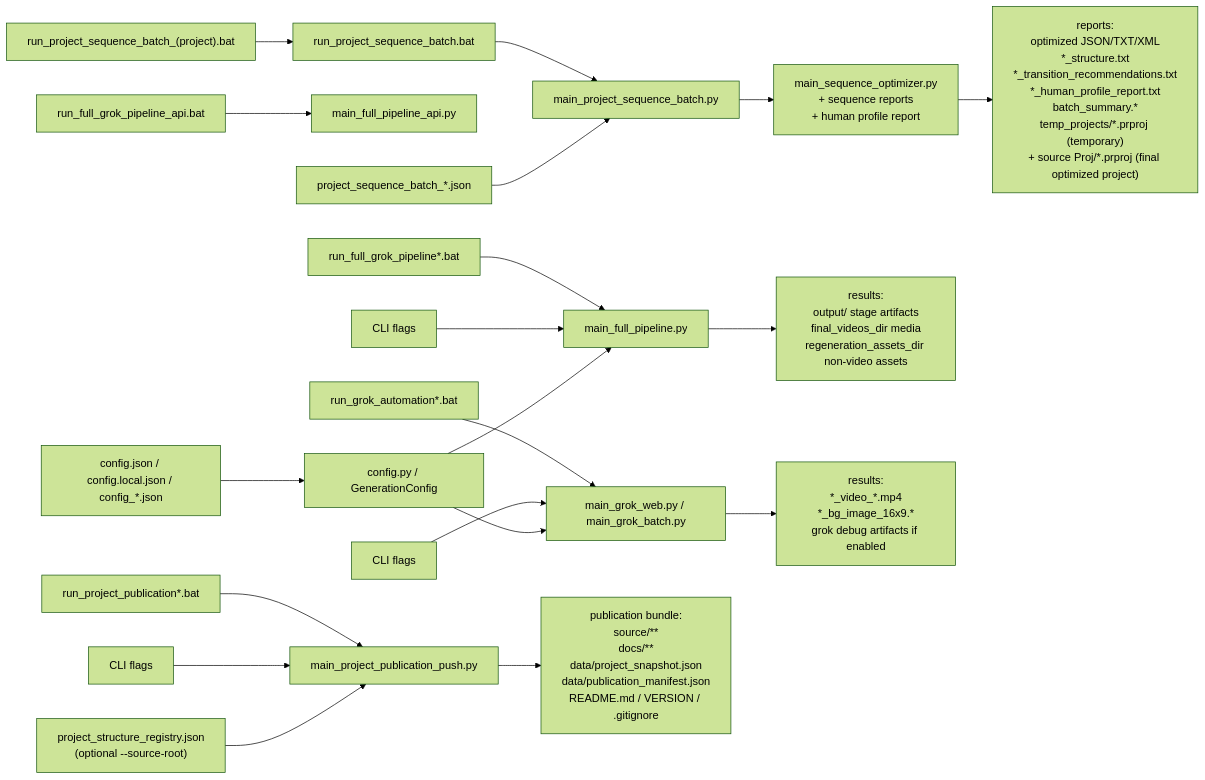
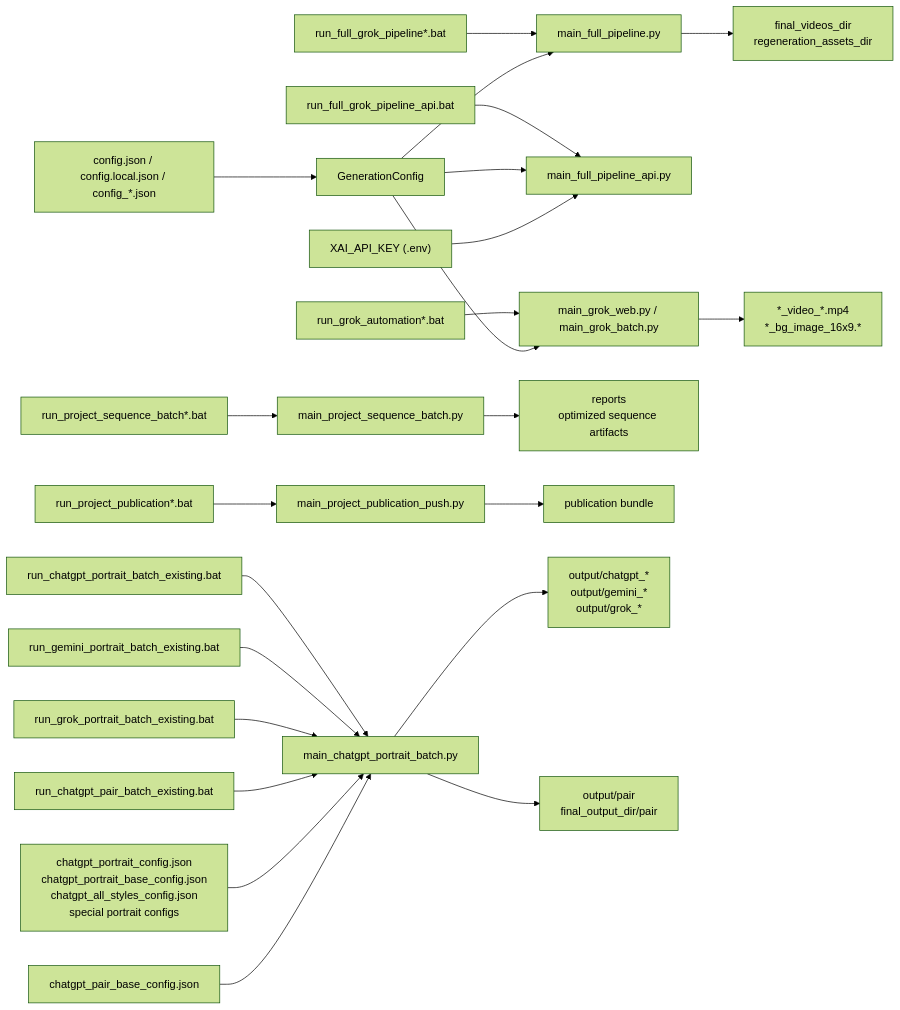
Before and after one commit to sergey-frd/Memory-to-Video_Agent: the third of 3 diagrams in source/docs/PROJECT_STRUCTURE.md, drawn with Mermaid (forest theme). The commit also changed other lines of this file and 95 other files, not shown here.

````diff
--- a/source/docs/PROJECT_STRUCTURE.md
+++ b/source/docs/PROJECT_STRUCTURE.md
@@ -88,26 +224,28 @@
 ```mermaid
 flowchart LR
   B1["run_full_grok_pipeline*.bat"] --> P1["main_full_pipeline.py"]
   B1A["run_full_grok_pipeline_api.bat"] --> P1A["main_full_pipeline_api.py"]
   B2["run_grok_automation*.bat"] --> P2["main_grok_web.py / main_grok_batch.py"]
-  B3A["run_project_sequence_batch_(project).bat"] --> B3["run_project_sequence_batch.bat"]
-  B3 --> P3["main_project_sequence_batch.py"]
+  B3["run_project_sequence_batch*.bat"] --> P3["main_project_sequence_batch.py"]
   B4["run_project_publication*.bat"] --> P4["main_project_publication_push.py"]
+  B5["run_chatgpt_portrait_batch_existing.bat"] --> P6["main_chatgpt_portrait_batch.py"]
+  B6["run_gemini_portrait_batch_existing.bat"] --> P6
+  B7["run_grok_portrait_batch_existing.bat"] --> P6
+  B8["run_chatgpt_pair_batch_existing.bat"] --> P6
 
-  A1["CLI flags"] --> P1
-  A2["CLI flags"] --> P2
-  C1["config.json / config.local.json / config_*.json"] --> G1["config.py / GenerationConfig"]
+  C1["config.json / config.local.json / config_*.json"] --> G1["GenerationConfig"]
   G1 --> P1
+  G1 --> P1A
   G1 --> P2
+  ENV["XAI_API_KEY (.env)"] --> P1A
 
-  C3["project_sequence_batch_*.json"] --> P3
-  P3 --> P5["main_sequence_optimizer.py\n+ sequence reports\n+ human profile report"]
+  C5["chatgpt_portrait_config.json\nchatgpt_portrait_base_config.json\nchatgpt_all_styles_config.json\nspecial portrait configs"] --> P6
+  C6["chatgpt_pair_base_config.json"] --> P6
 
-  A4["CLI flags"] --> P4
-  R1["project_structure_registry.json\n(optional --source-root)"] --> P4
-
-  P1 --> O1["results:\noutput/ stage artifacts\nfinal_videos_dir media\nregeneration_assets_dir non-video assets"]
-  P2 --> O2["results:\n*_video_*.mp4\n*_bg_image_16x9.*\ngrok debug artifacts if enabled"]
-  P5 --> O3["reports:\noptimized JSON/TXT/XML\n*_structure.txt\n*_transition_recommendations.txt\n*_human_profile_report.txt\nbatch_summary.*\ntemp_projects/*.prproj (temporary)\n+ source Proj/*.prproj (final optimized project)"]
-  P4 --> O4["publication bundle:\nsource/**\ndocs/**\ndata/project_snapshot.json\ndata/publication_manifest.json\nREADME.md / VERSION / .gitignore"]
+  P1 --> O1["final_videos_dir\nregeneration_assets_dir"]
+  P2 --> O2["*_video_*.mp4\n*_bg_image_16x9.*"]
+  P3 --> O3["reports\noptimized sequence artifacts"]
+  P4 --> O4["publication bundle"]
+  P6 --> O5["output/chatgpt_*\noutput/gemini_*\noutput/grok_*"]
+  P6 --> O6["output/pair\nfinal_output_dir/pair"]
 ```
````
